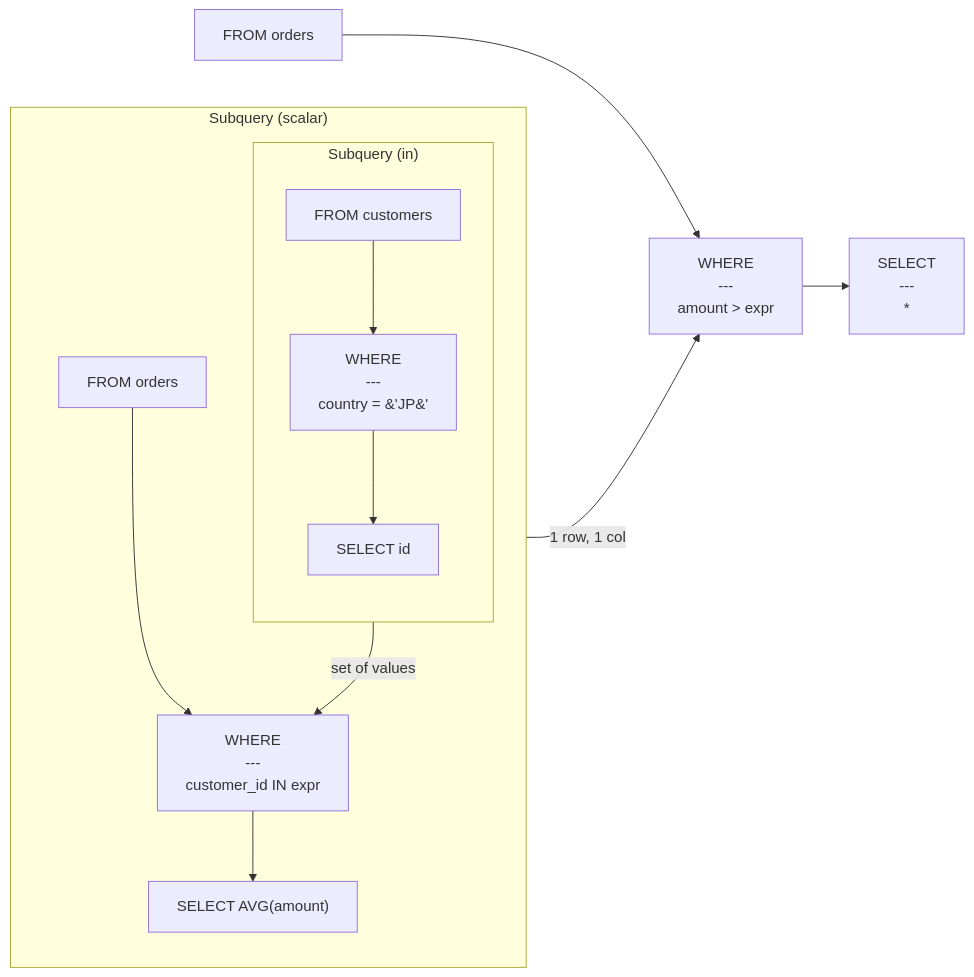
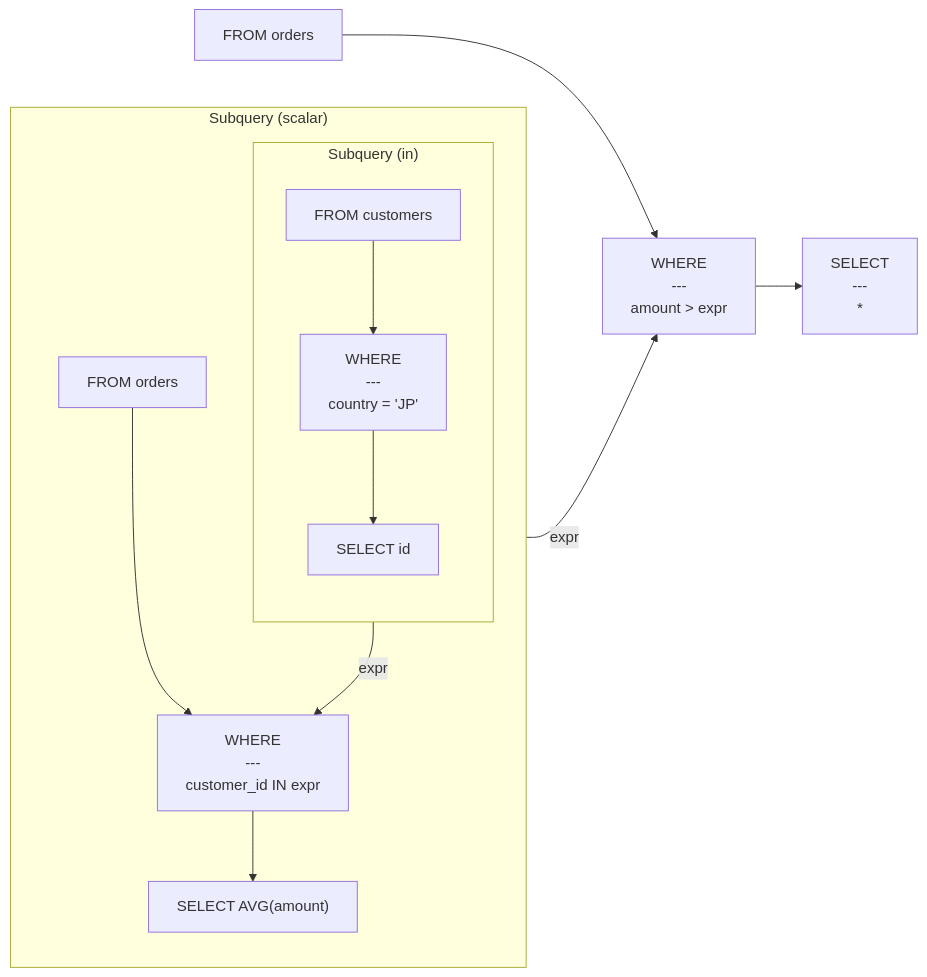
Before and after one commit to rot1024/sqloflow: the diagram in examples/nested_subquery.mmd, drawn with Mermaid. The commit also changed 76 other files, not shown here.

```diff
--- a/examples/nested_subquery.mmd
+++ b/examples/nested_subquery.mmd
@@ -1,24 +1,24 @@
 flowchart LR
     node_0[FROM orders]
     node_1["WHERE<br/>---<br/>amount &gt; expr"]
     subgraph subquery_node_2 ["Subquery (scalar)"]
         direction TB
         subq_0_node_0[FROM orders]
         subq_0_node_1["WHERE<br/>---<br/>customer_id IN expr"]
         subgraph subquery_subq_0_node_2 ["Subquery (in)"]
             direction TB
             subq_1_node_0[FROM customers]
-            subq_1_node_1["WHERE<br/>---<br/>country = &#39;JP&#39;"]
+            subq_1_node_1["WHERE<br/>---<br/>country = 'JP'"]
             subq_1_node_2["SELECT id"]
             subq_1_node_0 --> subq_1_node_1
             subq_1_node_1 --> subq_1_node_2
         end
-        subq_1_node_2 -->|set of values| subq_0_node_1
+        subq_1_node_2 -->|expr| subq_0_node_1
         subq_0_node_3["SELECT AVG(amount)"]
         subq_0_node_0 --> subq_0_node_1
         subq_0_node_1 --> subq_0_node_3
     end
-    subq_0_node_3 -->|1 row, 1 col| node_1
+    subq_0_node_3 -->|expr| node_1
     node_3["SELECT<br/>---<br/>*"]
     node_0 --> node_1
     node_1 --> node_3
```
